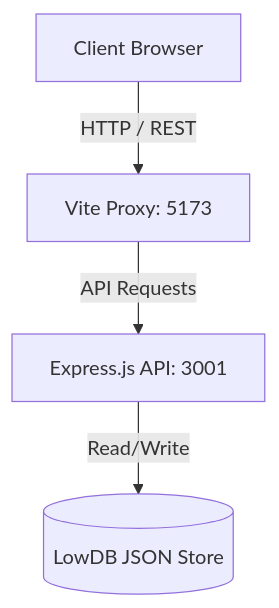
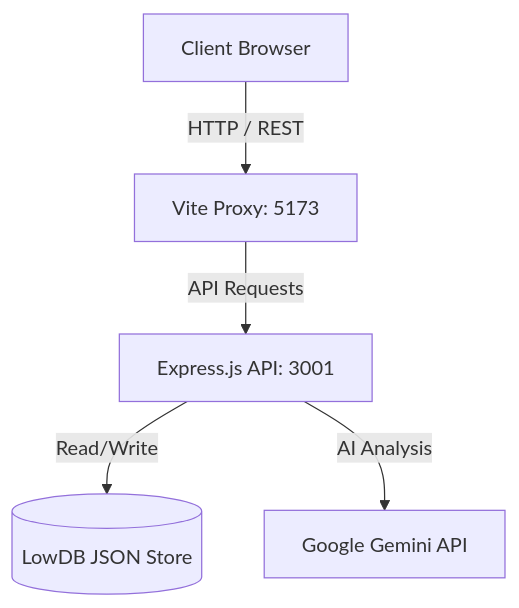
The diagram in README.md (vrsebeatriz/TaskFlow), drawn with Mermaid before and after one commit. The commit also changed other lines of this file and 15 other files, not shown here.

````diff
--- a/README.md
+++ b/README.md
@@ -50,6 +68,7 @@
 ```mermaid
 graph TD;
     A[Client Browser] -->|HTTP / REST| B[Vite Proxy: 5173]
     B -->|API Requests| C[Express.js API: 3001]
     C -->|Read/Write| D[(LowDB JSON Store)]
+    C -->|AI Analysis| E[Google Gemini API]
 ```
````
